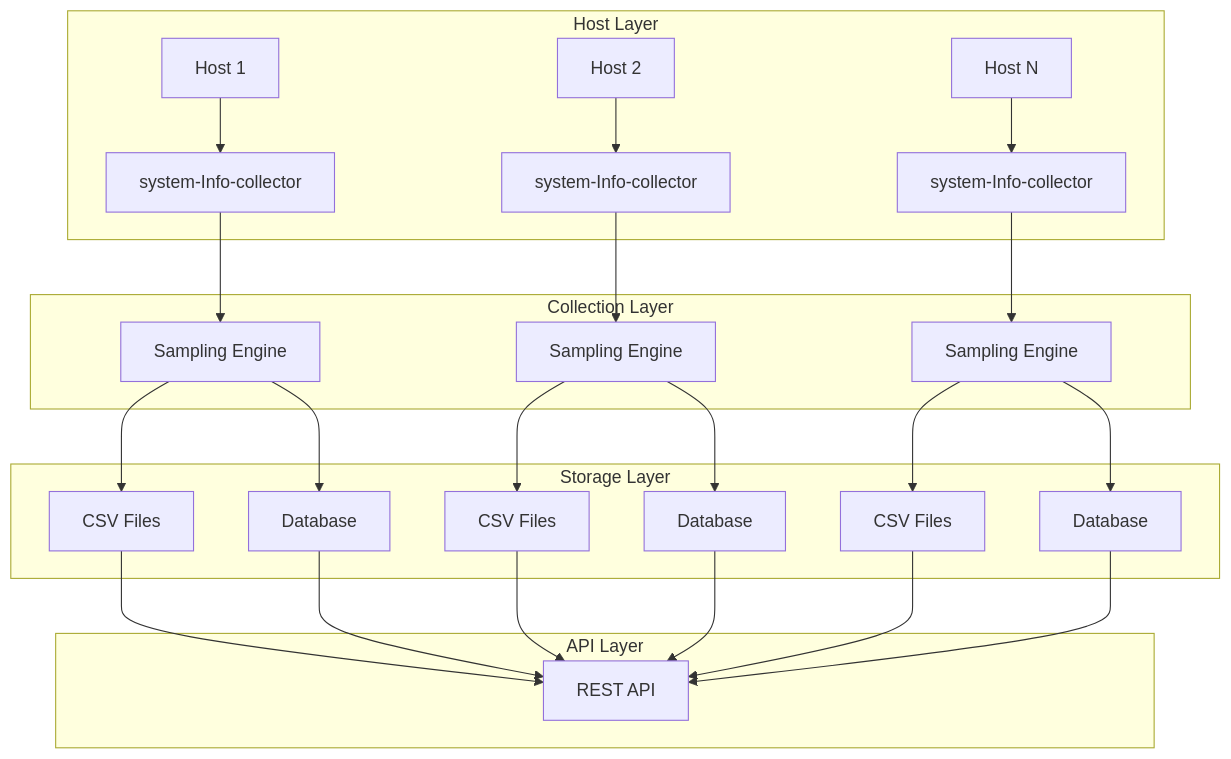
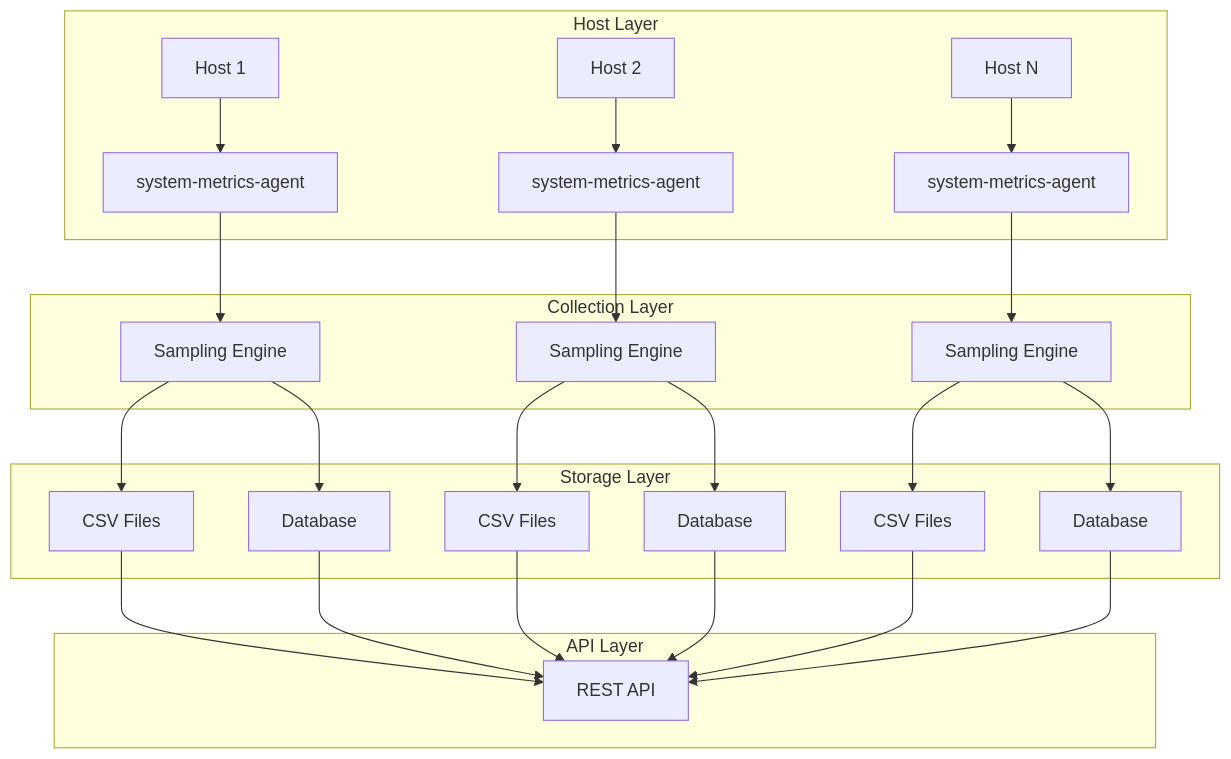
Before and after one commit to swlee3306/sulee_portfolio: the diagram in content/blog/system-info-collector-case-study.md, drawn with Mermaid. The commit also changed other lines of this file and 5 other files, not shown here.

````diff
--- a/content/blog/system-info-collector-case-study.md
+++ b/content/blog/system-info-collector-case-study.md
@@ -49,32 +49,32 @@
 ```mermaid
 graph TB
     subgraph "Host Layer"
-        A[Host 1] --> B[system-Info-collector]
-        C[Host 2] --> D[system-Info-collector]
-        E[Host N] --> F[system-Info-collector]
+        A[Host 1] --> B[system-metrics-agent]
+        C[Host 2] --> D[system-metrics-agent]
+        E[Host N] --> F[system-metrics-agent]
     end
     
     subgraph "Collection Layer"
         B --> G[Sampling Engine]
         D --> H[Sampling Engine]
         F --> I[Sampling Engine]
     end
     
     subgraph "Storage Layer"
         G --> J[CSV Files]
         G --> K[Database]
         H --> L[CSV Files]
         H --> M[Database]
         I --> N[CSV Files]
         I --> O[Database]
     end
     
     subgraph "API Layer"
         J --> P[REST API]
         K --> P
         L --> P
         M --> P
         N --> P
         O --> P
     end
 ```
````
